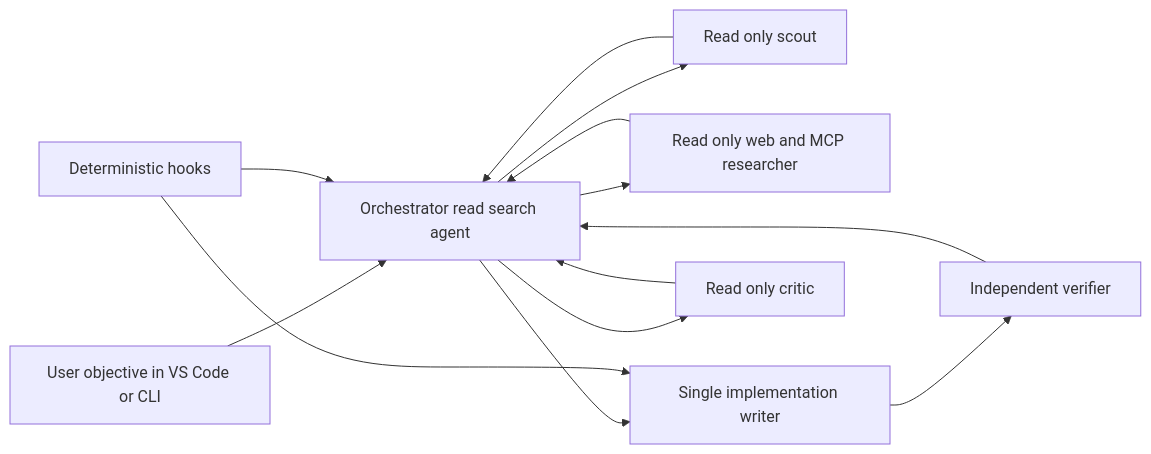
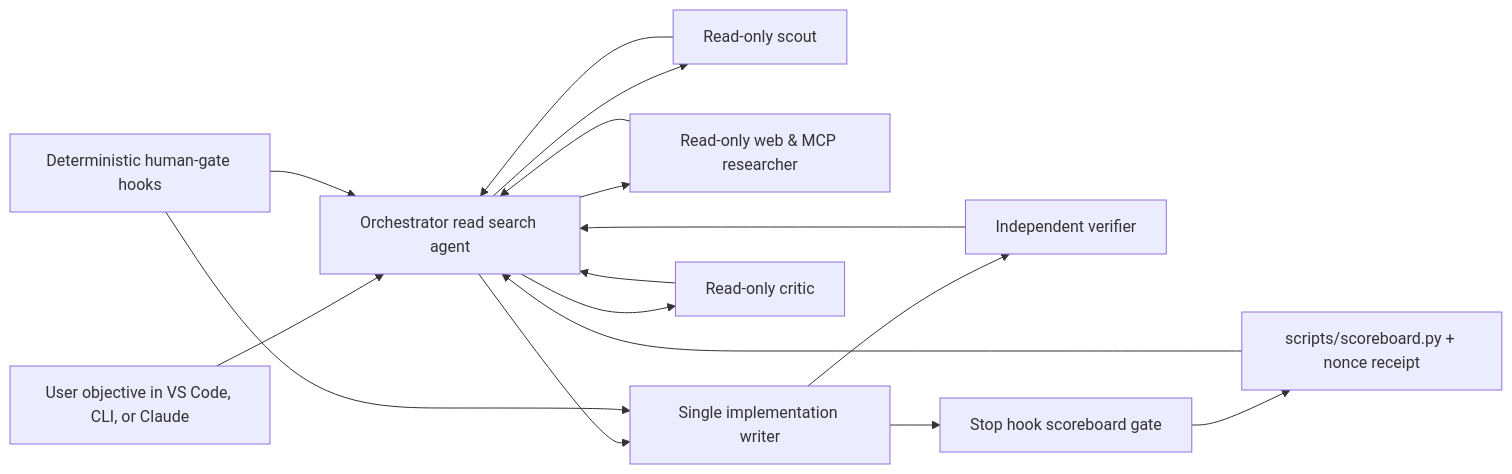
One commit to 4R9UN/Assured-Arc changed the second of 3 diagrams in docs/ARCHITECTURE.md. Above: the diagram before and after it, drawn with Mermaid. The commit also changed other lines of this file and 40 other files, not shown here.

Commit message:
Release v1.1.0: dual-host contract, scoreboard verification gate, human-gate precedence, and redesigned animated architecture assets

````diff
--- a/docs/ARCHITECTURE.md
+++ b/docs/ARCHITECTURE.md
@@ -60,15 +68,18 @@
 ```mermaid
 flowchart LR
-    Request[User objective in VS Code or CLI] --> Coordinator[Orchestrator read search agent]
-    Coordinator --> Scout[Read only scout]
-    Coordinator --> Research[Read only web and MCP researcher]
+    Request[User objective in VS Code, CLI, or Claude] --> Coordinator[Orchestrator read search agent]
+    Coordinator --> Scout[Read-only scout]
+    Coordinator --> Research[Read-only web & MCP researcher]
     Coordinator --> Writer[Single implementation writer]
-    Coordinator --> Critic[Read only critic]
+    Coordinator --> Critic[Read-only critic]
     Writer --> Verify[Independent verifier]
+    Writer --> StopGate[Stop hook scoreboard gate]
+    StopGate --> Scoreboard[scripts/scoreboard.py + nonce receipt]
+    Scoreboard --> Coordinator
     Verify --> Coordinator
     Scout --> Coordinator
     Research --> Coordinator
     Critic --> Coordinator
-    Hooks[Deterministic hooks] --> Coordinator
+    Hooks[Deterministic human-gate hooks] --> Coordinator
     Hooks --> Writer
 ```
````
